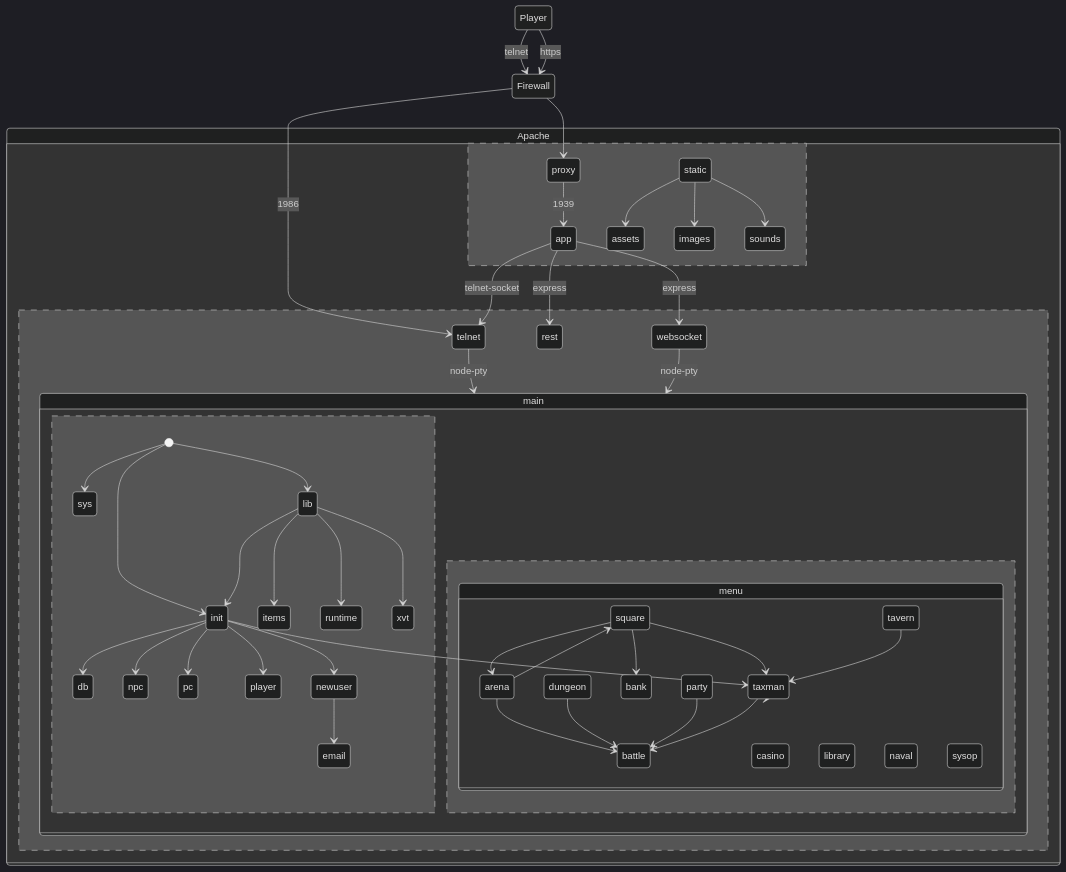
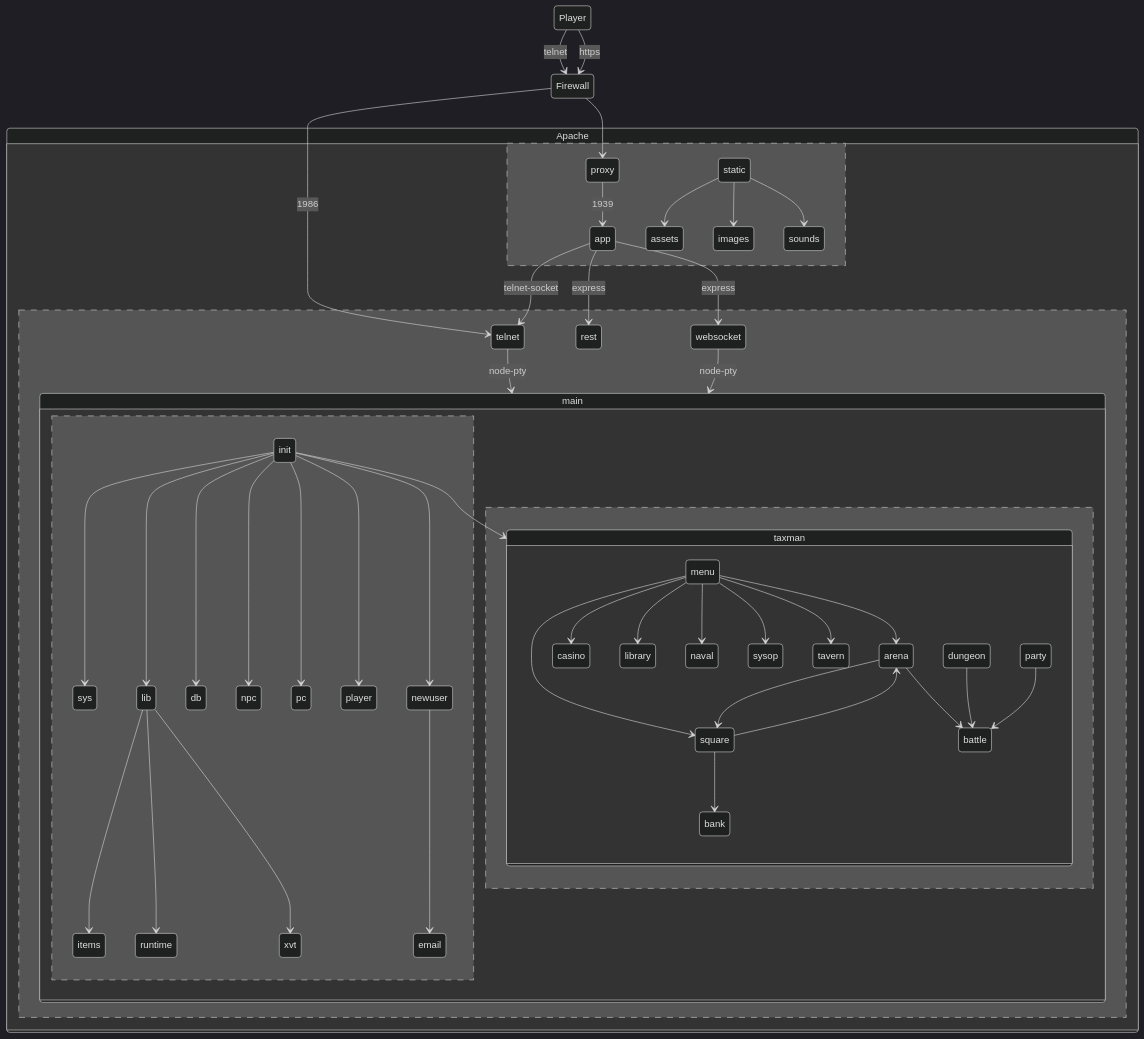
One commit to theflyingape/dankdomain changed the diagram in README.md. Above: the diagram before and after it, drawn with Mermaid.

Commit message:
mermaid corrections

````diff
--- a/README.md
+++ b/README.md
@@ -29,55 +29,51 @@
 ```mermaid
 %%{init: {'theme':'dark'}}%%
 stateDiagram-v2
   direction TB
   Player --> Firewall : telnet
   Player --> Firewall : https
   Firewall --> proxy
   Firewall --> telnet : 1986
   state Apache {
     app --> rest : express
     app --> telnet : telnet-socket
     app --> websocket : express
     telnet --> main : node-pty
     websocket --> main : node-pty
     --
     proxy --> app : 1939
     static --> assets
     static --> images
     static --> sounds
   }
   state main {
-    [*] --> init
-    [*] --> sys
-    [*] --> lib
-    lib --> items
-    lib --> runtime
-    lib --> xvt
-    lib --> init
+    init --> sys
+    init --> lib
     init --> db
     init --> npc
     init --> pc
     init --> player
     init --> newuser
     init --> taxman
+    lib --> items
+    lib --> runtime
+    lib --> xvt
     newuser --> email
-    taxman --> menu
     --
-    state menu {
-    casino
-    library
-    naval
-    sysop
-    tavern
-    square --> arena
-    square --> bank
-    arena --> battle
-    dungeon --> battle
-    party --> battle
-    taxman --> battle
-    arena --> square
-    square --> taxman
-    tavern --> taxman
+    state taxman {
+      menu --> arena
+      menu --> casino
+      menu --> library
+      menu --> naval
+      menu --> square
+      menu --> sysop
+      menu --> tavern
+      arena --> battle
+      arena --> square
+      dungeon --> battle
+      party --> battle
+      square --> arena
+      square --> bank
     }
   }
 ```
````
